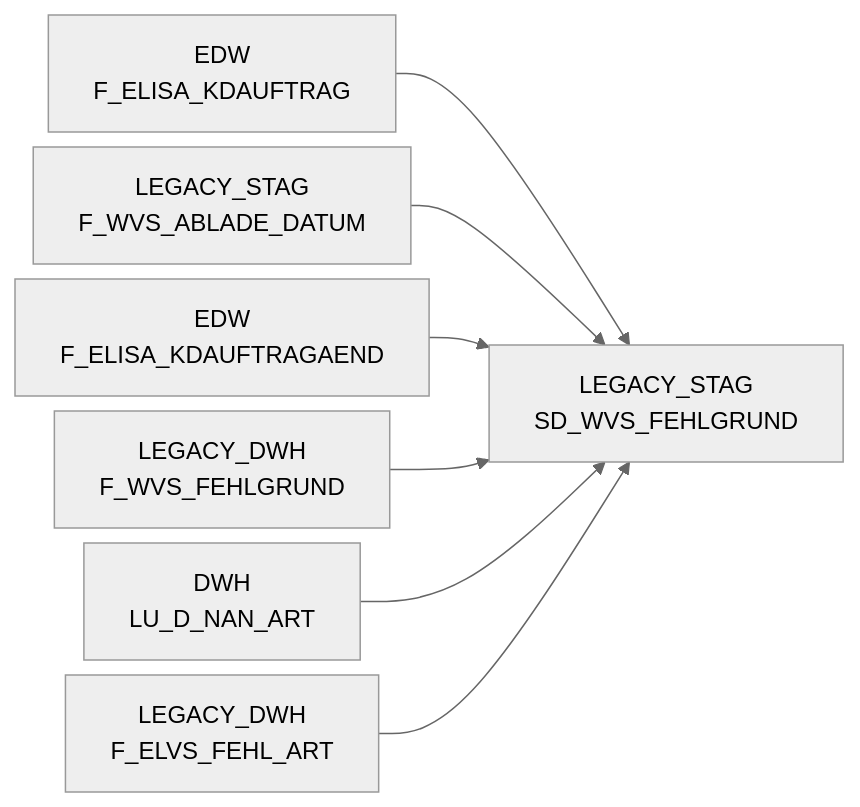
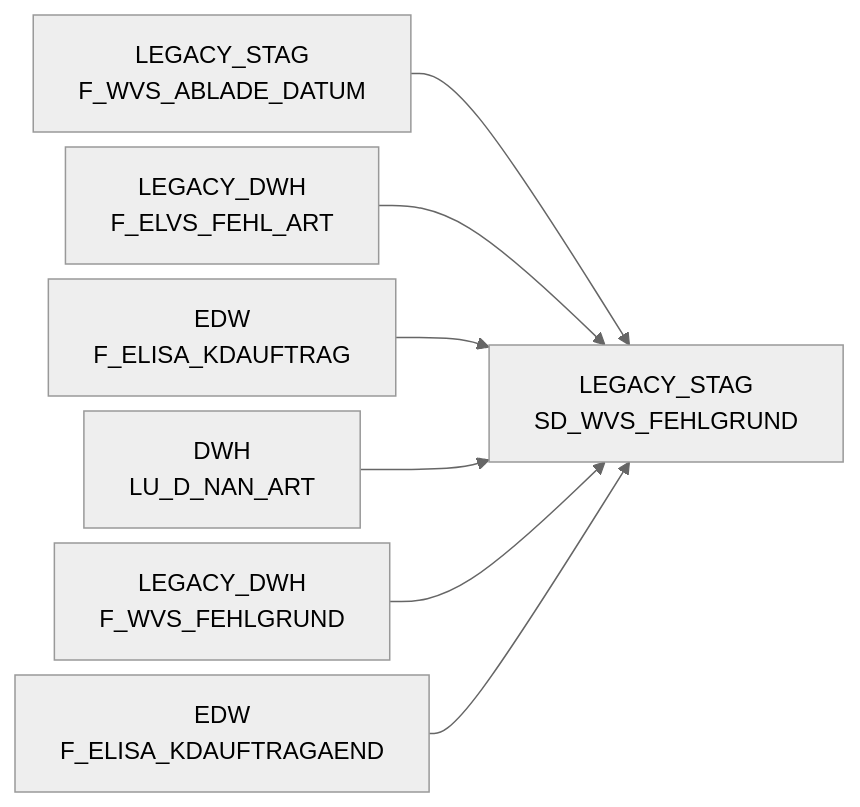
Before and after one commit to integration-factory-de/sas_code_docs: the diagram in docs/Tables/LEGACY_STAG/SD_WVS_FEHLGRUND.md, drawn with Mermaid (neutral theme). The commit also changed other lines of this file and 129 other files, not shown here.

````diff
--- a/docs/Tables/LEGACY_STAG/SD_WVS_FEHLGRUND.md
+++ b/docs/Tables/LEGACY_STAG/SD_WVS_FEHLGRUND.md
@@ -9,24 +15,24 @@
 ```mermaid
 %%{init: {'flowchart': { 'nodeSpacing': 10, 'rankSpacing': 40, 'rankdir': 'TB' }}}%%
 
 flowchart LR
 
+  LEGACY_STAG.F_WVS_ABLADE_DATUM["LEGACY_STAG<br/>F_WVS_ABLADE_DATUM"] --> LEGACY_STAG.SD_WVS_FEHLGRUND["LEGACY_STAG<br/>SD_WVS_FEHLGRUND"]
+  LEGACY_DWH.F_ELVS_FEHL_ART["LEGACY_DWH<br/>F_ELVS_FEHL_ART"] --> LEGACY_STAG.SD_WVS_FEHLGRUND["LEGACY_STAG<br/>SD_WVS_FEHLGRUND"]
   EDW.F_ELISA_KDAUFTRAG["EDW<br/>F_ELISA_KDAUFTRAG"] --> LEGACY_STAG.SD_WVS_FEHLGRUND["LEGACY_STAG<br/>SD_WVS_FEHLGRUND"]
-  LEGACY_STAG.F_WVS_ABLADE_DATUM["LEGACY_STAG<br/>F_WVS_ABLADE_DATUM"] --> LEGACY_STAG.SD_WVS_FEHLGRUND["LEGACY_STAG<br/>SD_WVS_FEHLGRUND"]
+  DWH.LU_D_NAN_ART["DWH<br/>LU_D_NAN_ART"] --> LEGACY_STAG.SD_WVS_FEHLGRUND["LEGACY_STAG<br/>SD_WVS_FEHLGRUND"]
+  LEGACY_DWH.F_WVS_FEHLGRUND["LEGACY_DWH<br/>F_WVS_FEHLGRUND"] --> LEGACY_STAG.SD_WVS_FEHLGRUND["LEGACY_STAG<br/>SD_WVS_FEHLGRUND"]
   EDW.F_ELISA_KDAUFTRAGAEND["EDW<br/>F_ELISA_KDAUFTRAGAEND"] --> LEGACY_STAG.SD_WVS_FEHLGRUND["LEGACY_STAG<br/>SD_WVS_FEHLGRUND"]
-  LEGACY_DWH.F_WVS_FEHLGRUND["LEGACY_DWH<br/>F_WVS_FEHLGRUND"] --> LEGACY_STAG.SD_WVS_FEHLGRUND["LEGACY_STAG<br/>SD_WVS_FEHLGRUND"]
-  DWH.LU_D_NAN_ART["DWH<br/>LU_D_NAN_ART"] --> LEGACY_STAG.SD_WVS_FEHLGRUND["LEGACY_STAG<br/>SD_WVS_FEHLGRUND"]
-  LEGACY_DWH.F_ELVS_FEHL_ART["LEGACY_DWH<br/>F_ELVS_FEHL_ART"] --> LEGACY_STAG.SD_WVS_FEHLGRUND["LEGACY_STAG<br/>SD_WVS_FEHLGRUND"]
+  click LEGACY_STAG.F_WVS_ABLADE_DATUM "../../tables/LEGACY_STAG/F_WVS_ABLADE_DATUM"
+  click LEGACY_DWH.F_ELVS_FEHL_ART "../../tables/LEGACY_DWH/F_ELVS_FEHL_ART"
   click EDW.F_ELISA_KDAUFTRAG "../../tables/EDW/F_ELISA_KDAUFTRAG"
-  click LEGACY_STAG.F_WVS_ABLADE_DATUM "../../tables/LEGACY_STAG/F_WVS_ABLADE_DATUM"
+  click DWH.LU_D_NAN_ART "../../tables/DWH/LU_D_NAN_ART"
+  click LEGACY_DWH.F_WVS_FEHLGRUND "../../tables/LEGACY_DWH/F_WVS_FEHLGRUND"
   click EDW.F_ELISA_KDAUFTRAGAEND "../../tables/EDW/F_ELISA_KDAUFTRAGAEND"
-  click LEGACY_DWH.F_WVS_FEHLGRUND "../../tables/LEGACY_DWH/F_WVS_FEHLGRUND"
-  click DWH.LU_D_NAN_ART "../../tables/DWH/LU_D_NAN_ART"
-  click LEGACY_DWH.F_ELVS_FEHL_ART "../../tables/LEGACY_DWH/F_ELVS_FEHL_ART"
   click LEGACY_STAG.SD_WVS_FEHLGRUND "../../tables/LEGACY_STAG/SD_WVS_FEHLGRUND"
   click LEGACY_STAG.SD_WVS_FEHLGRUND "../../tables/LEGACY_STAG/SD_WVS_FEHLGRUND"
   click LEGACY_STAG.SD_WVS_FEHLGRUND "../../tables/LEGACY_STAG/SD_WVS_FEHLGRUND"
   click LEGACY_STAG.SD_WVS_FEHLGRUND "../../tables/LEGACY_STAG/SD_WVS_FEHLGRUND"
   click LEGACY_STAG.SD_WVS_FEHLGRUND "../../tables/LEGACY_STAG/SD_WVS_FEHLGRUND"
   click LEGACY_STAG.SD_WVS_FEHLGRUND "../../tables/LEGACY_STAG/SD_WVS_FEHLGRUND"
 ```
````
